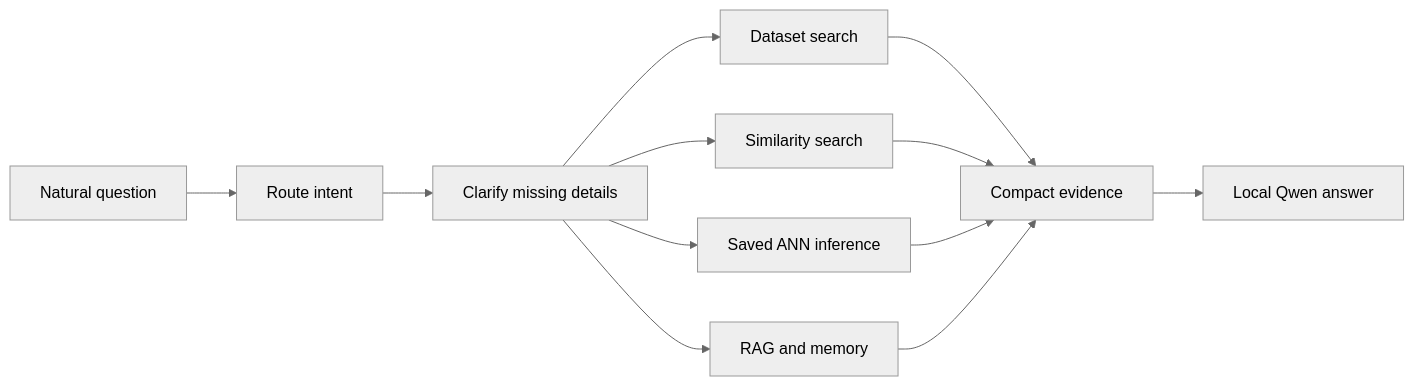
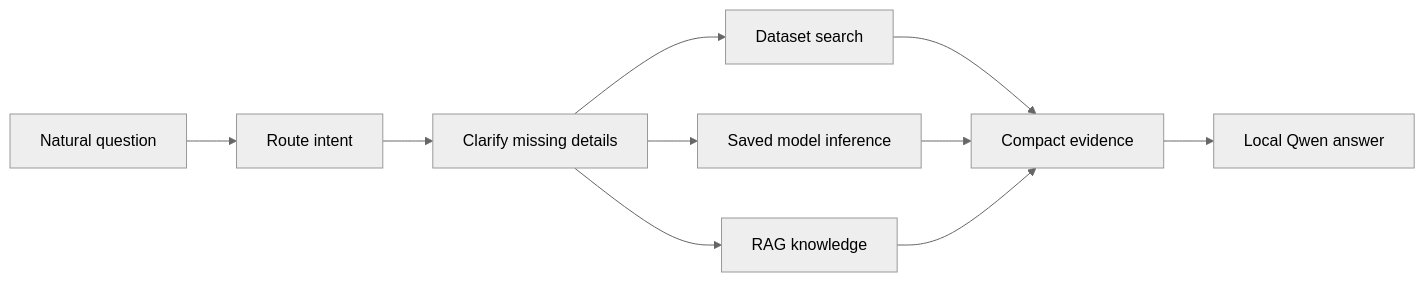
One commit to AliH7861/diamonds-predictor-application changed the diagram in README.md. Above: the diagram before and after it, drawn with Mermaid (neutral theme). The commit also changed other lines of this file and 152 other files, not shown here.

````diff
--- a/README.md
+++ b/README.md
@@ -233,14 +267,12 @@
 ```mermaid
 flowchart LR
     A[Natural question] --> B[Route intent]
     B --> C[Clarify missing details]
     C --> D[Dataset search]
-    C --> E[Similarity search]
-    C --> F[Saved ANN inference]
-    C --> G[RAG and memory]
+    C --> F[Saved model inference]
+    C --> G[RAG knowledge]
     D --> H[Compact evidence]
-    E --> H
     F --> H
     G --> H
     H --> I[Local Qwen answer]
 ```
````
